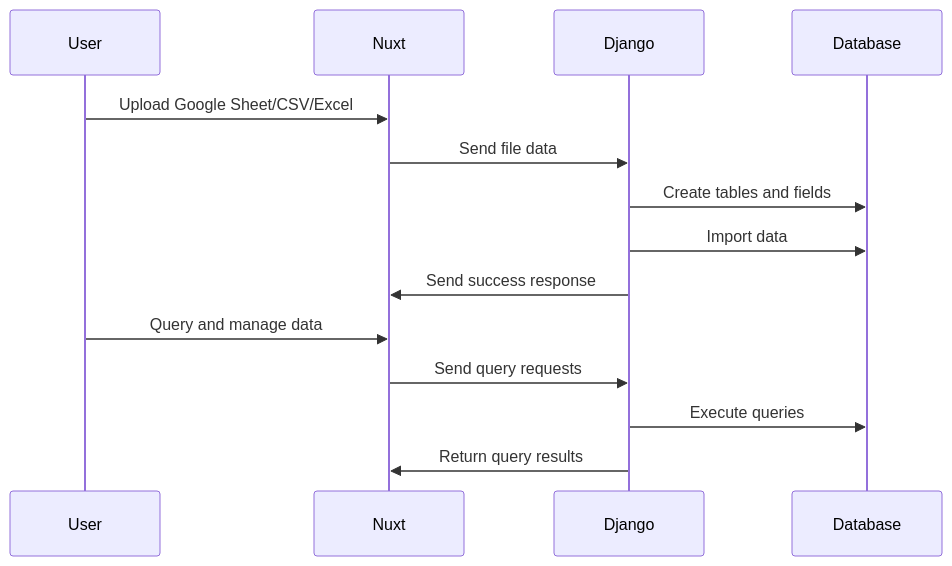
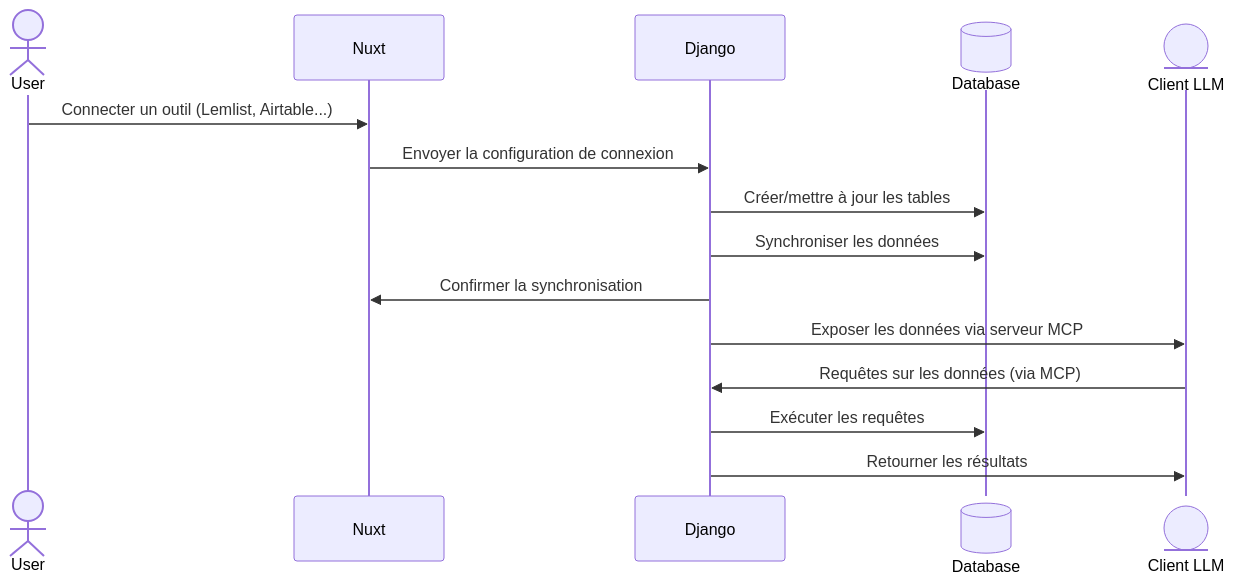
One commit to Zadigo/mydatabase changed the diagram in README.md. Above: the diagram before and after it, drawn with Mermaid. The commit also changed other lines of this file and 2 other files, not shown here.

````diff
--- a/README.md
+++ b/README.md
@@ -46,17 +33,18 @@
 ```mermaid
 sequenceDiagram
-    participant User
+    actor User
     participant Nuxt
     participant Django
-    participant Database
+    participant Database@{type: "database"}
+    participant LLM@{type: "entity"} as Client LLM
 
-    User->>Nuxt: Upload Google Sheet/CSV/Excel
-    Nuxt->>Django: Send file data
-    Django->>Database: Create tables and fields
-    Django->>Database: Import data
-    Django->>Nuxt: Send success response
-    User->>Nuxt: Query and manage data
-    Nuxt->>Django: Send query requests
-    Django->>Database: Execute queries
-    Django->>Nuxt: Return query results
+    User->>Nuxt: Connecter un outil (Lemlist, Airtable...)
+    Nuxt->>Django: Envoyer la configuration de connexion
+    Django->>Database: Créer/mettre à jour les tables
+    Django->>Database: Synchroniser les données
+    Django->>Nuxt: Confirmer la synchronisation
+    Django->>LLM: Exposer les données via serveur MCP
+    LLM->>Django: Requêtes sur les données (via MCP)
+    Django->>Database: Exécuter les requêtes
+    Django->>LLM: Retourner les résultats
 ```
````
